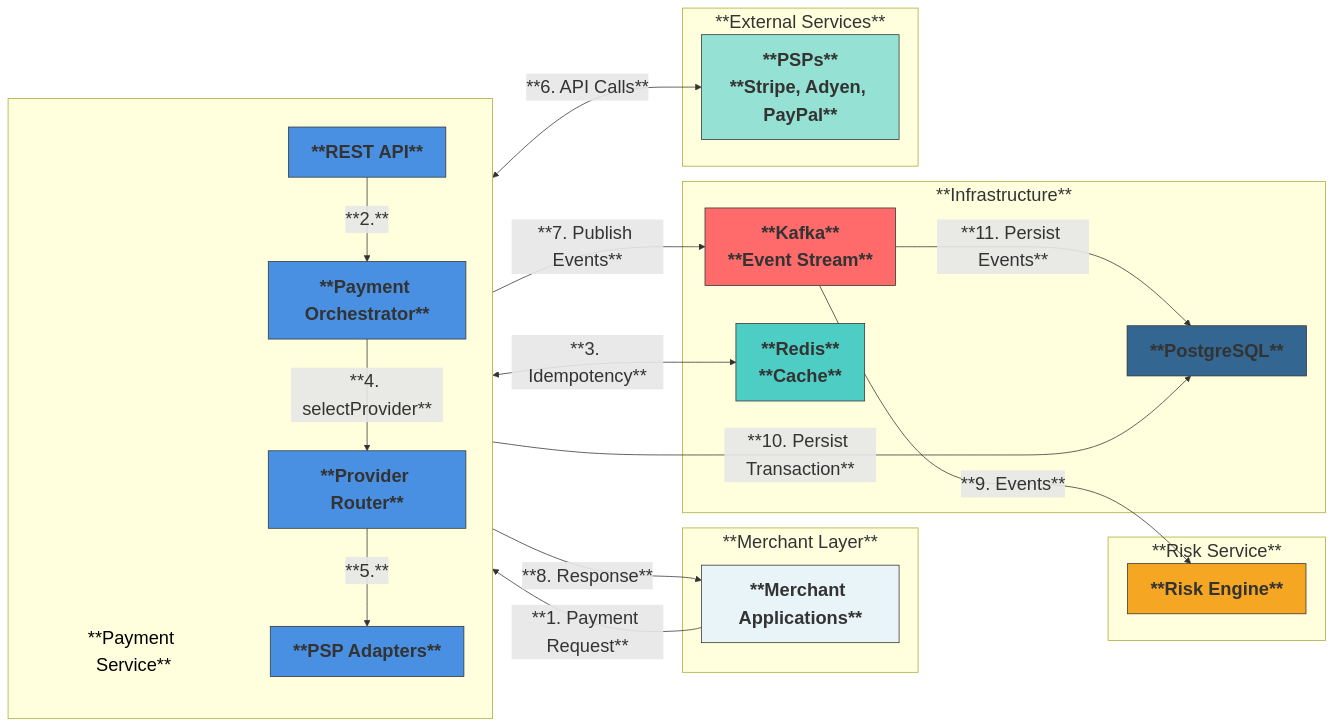
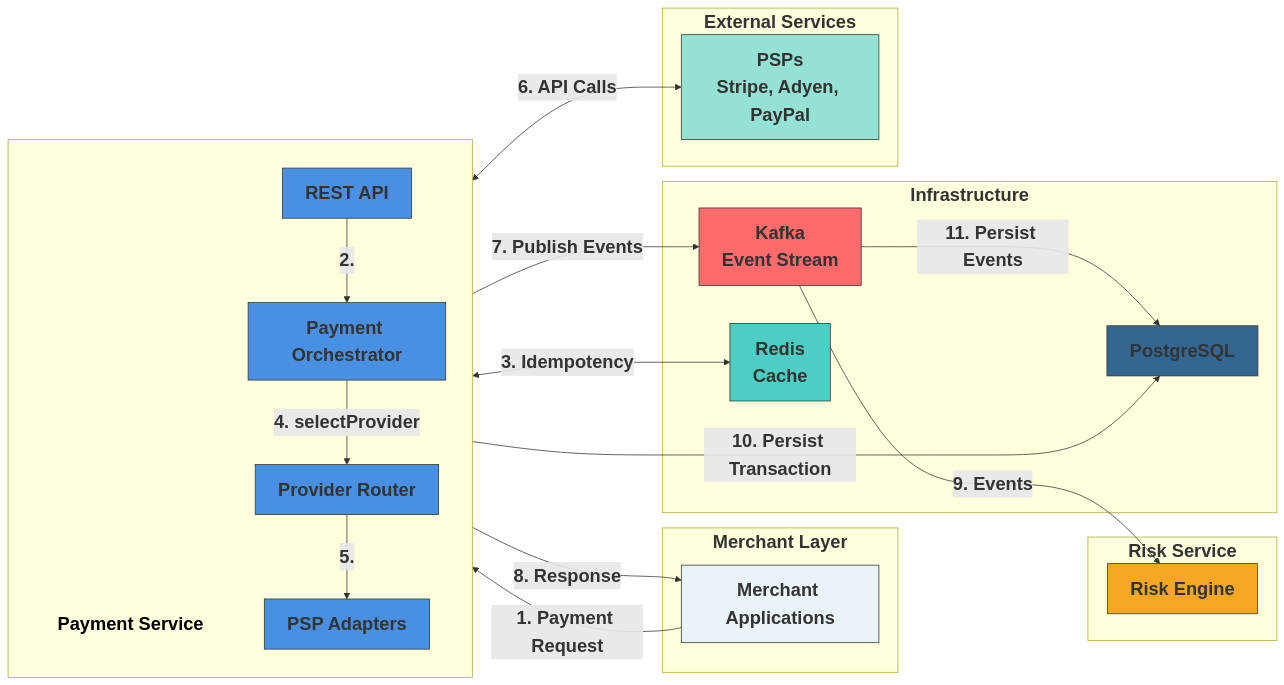
The first of 2 diagrams in README.md (mehal1/payment-integration-framework), drawn with Mermaid before and after one commit. The commit also changed other lines of this file and 24 other files, not shown here.

````diff
--- a/README.md
+++ b/README.md
@@ -107,64 +107,64 @@
 ```mermaid
 ---
 config:
   themeVariables:
     fontSize: 24px
     fontFamily: ''
     primaryTextColor: '#000000'
     lineColor: '#333333'
     primaryBorderColor: '#333333'
     subgraphPadding: 50
   layout: dagre
 ---
 graph LR
-    subgraph ML["**Merchant Layer**"]
-        MerchantApps[**Merchant Applications**]
+    subgraph ML["<b>Merchant Layer</b>"]
+        MerchantApps["<b>Merchant Applications</b>"]
     end
 
     subgraph PS[" "]
         direction TB
-        PSLabel["**Payment Service**"]
-        API[**REST API**]
-        Orchestrator[**Payment Orchestrator**]
-        Router[**Provider Router**]
-        Adapters[**PSP Adapters**]
+        PSLabel["<b>Payment Service</b>"]
+        API["<b>REST API</b>"]
+        Orchestrator["<b>Payment Orchestrator</b>"]
+        Router["<b>Provider Router</b>"]
+        Adapters["<b>PSP Adapters</b>"]
     end
 
-    subgraph DL["**Infrastructure**"]
-        Kafka[**Kafka**<br/>**Event Stream**]
-        Redis[**Redis**<br/>**Cache**]
-        PostgreSQL[**PostgreSQL**]
+    subgraph DL["<b>Infrastructure</b>"]
+        Kafka["<b>Kafka</b><br/><b>Event Stream</b>"]
+        Redis["<b>Redis</b><br/><b>Cache</b>"]
+        PostgreSQL["<b>PostgreSQL</b>"]
     end
 
-    subgraph RS["**Risk Service**"]
-        RiskEngine[**Risk Engine**]
+    subgraph RS["<b>Risk Service</b>"]
+        RiskEngine["<b>Risk Engine</b>"]
     end
 
-    subgraph ES["**External Services**"]
-        PSPs[**PSPs**<br/>**Stripe, Adyen, PayPal**]
+    subgraph ES["<b>External Services</b>"]
+        PSPs["<b>PSPs</b><br/><b>Stripe, Adyen, PayPal</b>"]
     end
 
-    MerchantApps -->|**1. Payment Request**| API
-    API -->|**2.**| Orchestrator
-    Orchestrator <-->|**3. Idempotency**| Redis
-    Orchestrator -->|**4. selectProvider**| Router
-    Router -->|**5.**| Adapters
-    Adapters <-->|**6. API Calls**| PSPs
-    Orchestrator -->|**7. Publish Events**| Kafka
-    Orchestrator -->|**10. Persist Transaction**| PostgreSQL
-    Kafka -->|**9. Events**| RiskEngine
-    Kafka -->|**11. Persist Events**| PostgreSQL
-    API -->|**8. Response**| MerchantApps
+    MerchantApps -->|<b>1. Payment Request</b>| API
+    API -->|<b>2.</b>| Orchestrator
+    Orchestrator <-->|<b>3. Idempotency</b>| Redis
+    Orchestrator -->|<b>4. selectProvider</b>| Router
+    Router -->|<b>5.</b>| Adapters
+    Adapters <-->|<b>6. API Calls</b>| PSPs
+    Orchestrator -->|<b>7. Publish Events</b>| Kafka
+    Orchestrator -->|<b>10. Persist Transaction</b>| PostgreSQL
+    Kafka -->|<b>9. Events</b>| RiskEngine
+    Kafka -->|<b>11. Persist Events</b>| PostgreSQL
+    API -->|<b>8. Response</b>| MerchantApps
 
     style API fill:#4A90E2,stroke:#333,font-weight:bold
     style Orchestrator fill:#4A90E2,stroke:#333,font-weight:bold
     style Router fill:#4A90E2,stroke:#333,font-weight:bold
     style Adapters fill:#4A90E2,stroke:#333,font-weight:bold
     style Kafka fill:#FF6B6B,stroke:#333,font-weight:bold
     style Redis fill:#4ECDC4,stroke:#333,font-weight:bold
     style PostgreSQL fill:#336791,stroke:#333,font-weight:bold
     style PSPs fill:#95E1D3,stroke:#333,font-weight:bold
     style MerchantApps fill:#E8F4F8,stroke:#333,font-weight:bold
     style PSLabel fill:transparent,stroke:transparent,color:#000000
     style RiskEngine fill:#F5A623,stroke:#333,font-weight:bold
 ```
````
